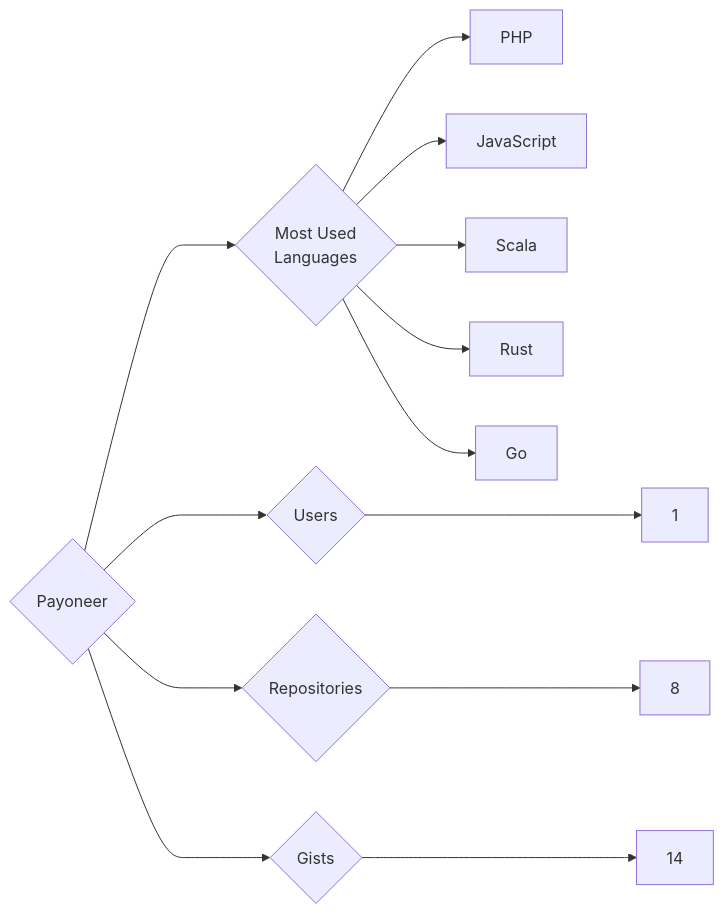
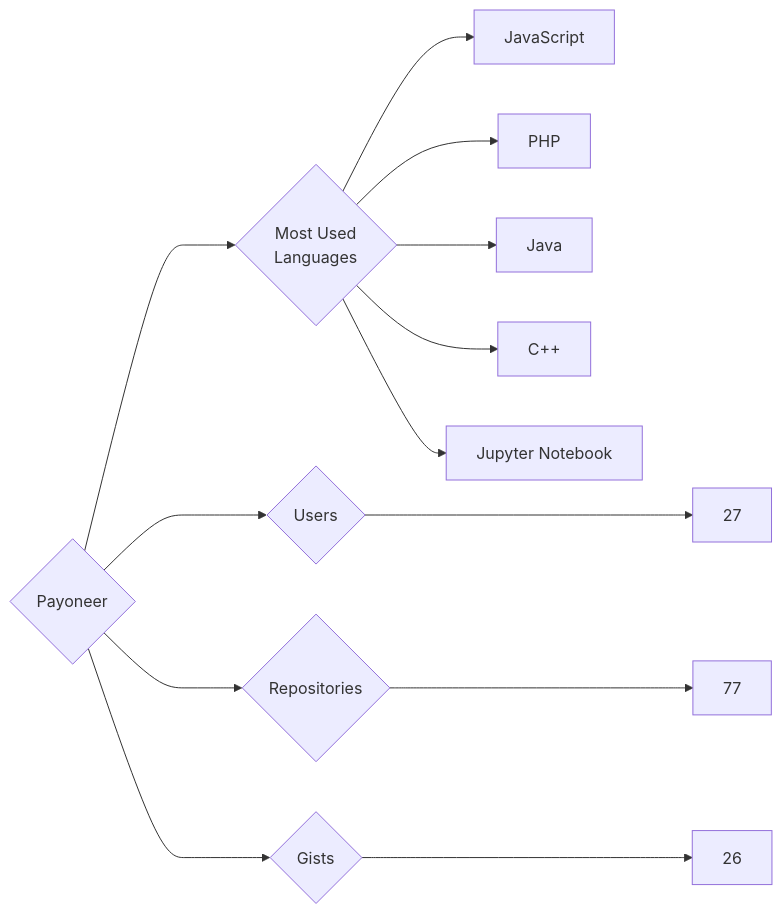
One commit to trickest/insiders changed the diagram in targets/Payoneer/README.md. Above: the diagram before and after it, drawn with Mermaid. The commit also changed 976 other files, not shown here.

````diff
--- a/targets/Payoneer/README.md
+++ b/targets/Payoneer/README.md
@@ -3,13 +3,13 @@
 ```mermaid
 graph LR
 COMPANY_NAME{Payoneer}
-COMPANY_NAME ---> U{Users} ---> UN[1]
-COMPANY_NAME ---> R{Repositories} ---> RN[8]
-COMPANY_NAME ---> G{Gists} ---> GN[14]
+COMPANY_NAME ---> U{Users} ---> UN[27]
+COMPANY_NAME ---> R{Repositories} ---> RN[77]
+COMPANY_NAME ---> G{Gists} ---> GN[26]
 COMPANY_NAME ---> ML{Most Used<br>Languages}
+ML --> JavaScript[JavaScript]
 ML --> PHP[PHP]
-ML --> JavaScript[JavaScript]
-ML --> Scala[Scala]
-ML --> Rust[Rust]
-ML --> Go[Go]
+ML --> Java[Java]
+ML --> C++[C++]
+ML --> Jupyter_Notebook[Jupyter Notebook]
 ```
````
